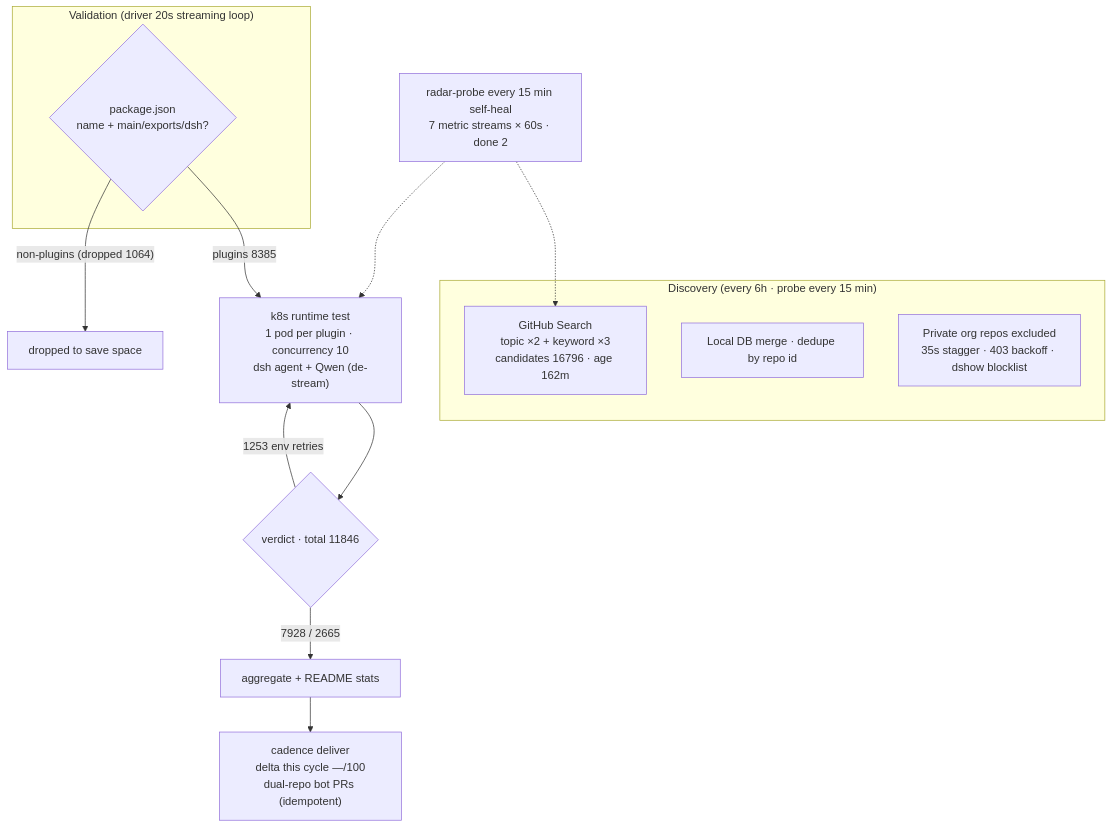
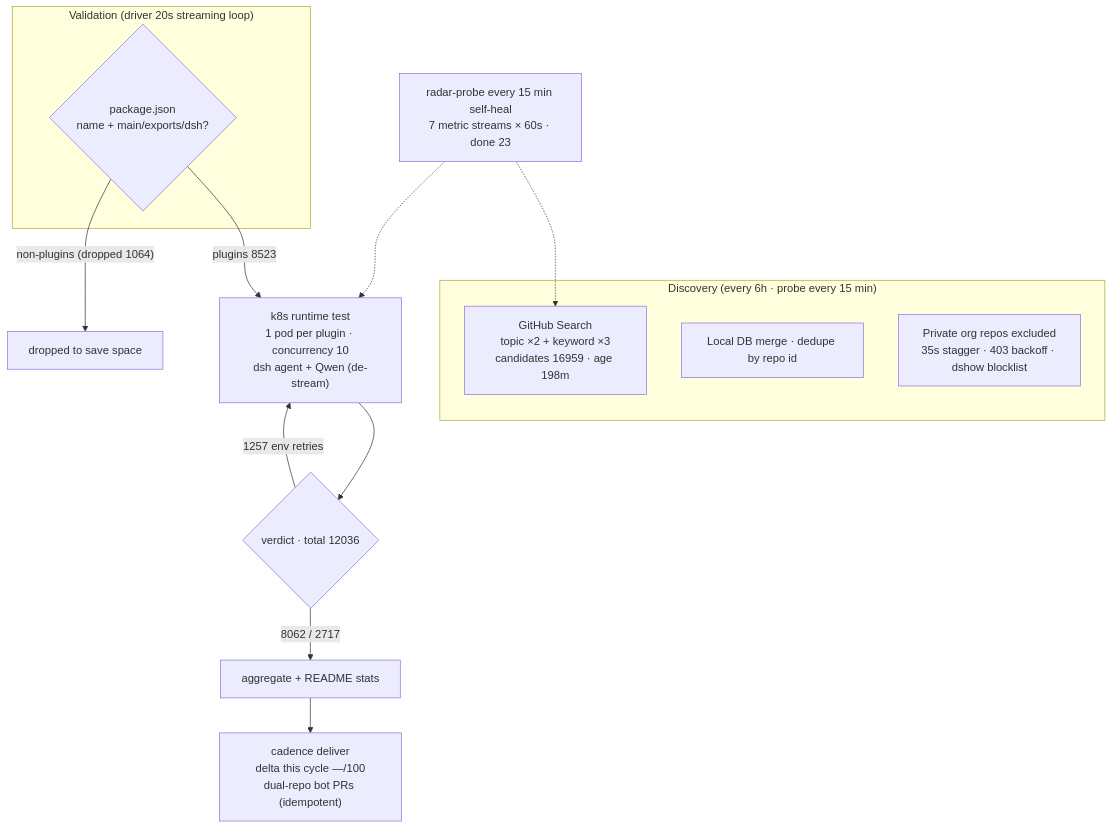
One commit to Zhidao-Lab-OSS/awesome-dsh-plugins changed the diagram in README.en-US.md. Above: the diagram before and after it, drawn with Mermaid. The commit also changed other lines of this file and 1 other file, not shown here.

````diff
--- a/README.en-US.md
+++ b/README.en-US.md
@@ -45,20 +45,20 @@
 ```mermaid
 flowchart TB
     subgraph Discovery["Discovery (every 6h · probe every 15 min)"]
-        A1["GitHub Search<br/>topic ×2 + keyword ×3<br/>candidates 16796 · age 162m"]
+        A1["GitHub Search<br/>topic ×2 + keyword ×3<br/>candidates 16959 · age 198m"]
         A2["Local DB merge · dedupe by repo id"]
         A3["Private org repos excluded<br/>35s stagger · 403 backoff · dshow blocklist"]
     end
     subgraph Validation["Validation (driver 20s streaming loop)"]
         B1{"package.json<br/>name + main/exports/dsh?"}
     end
-    B1 -->|"plugins 8385"| C1["k8s runtime test<br/>1 pod per plugin · concurrency 10<br/>dsh agent + Qwen (de-stream)"]
+    B1 -->|"plugins 8523"| C1["k8s runtime test<br/>1 pod per plugin · concurrency 10<br/>dsh agent + Qwen (de-stream)"]
     B1 -->|"non-plugins (dropped 1064)"| B3["dropped to save space"]
-    C1 --> D1{"verdict · total 11846"}
-    D1 -->|"7928 / 2665"| E1["aggregate + README stats"]
-    D1 -->|"1253 env retries"| C1
+    C1 --> D1{"verdict · total 12036"}
+    D1 -->|"8062 / 2717"| E1["aggregate + README stats"]
+    D1 -->|"1257 env retries"| C1
     E1 --> E2["cadence deliver<br/>delta this cycle —/100<br/>dual-repo bot PRs (idempotent)"]
-    M["radar-probe every 15 min self-heal<br/>7 metric streams × 60s · done 2"]
+    M["radar-probe every 15 min self-heal<br/>7 metric streams × 60s · done 23"]
     M -.-> A1
     M -.-> C1
 ```
````
